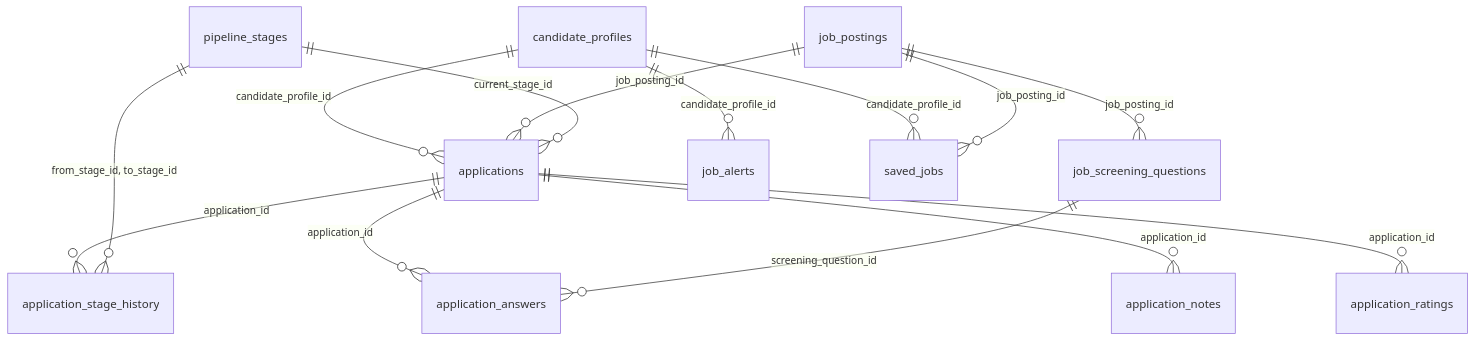
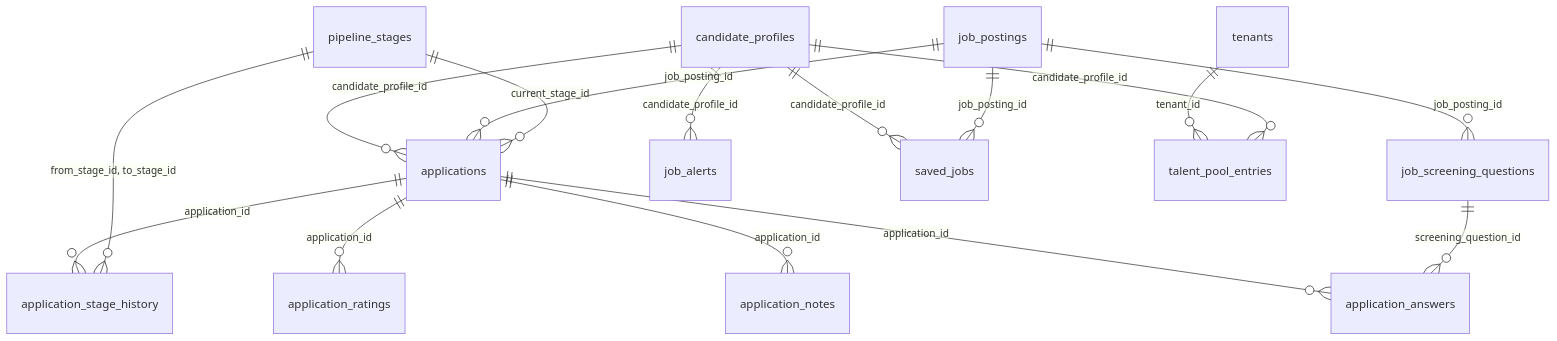
The third of 4 diagrams in docs/architecture/arquitectura-db.md (EdgarJr30/asi_do), drawn with Mermaid before and after one commit. The commit also changed other lines of this file and 10 other files, not shown here.

````diff
--- a/docs/architecture/arquitectura-db.md
+++ b/docs/architecture/arquitectura-db.md
@@ -76,16 +76,18 @@
 ```mermaid
 erDiagram
     applications ||--o{ application_answers : "application_id"
     job_screening_questions ||--o{ application_answers : "screening_question_id"
     applications ||--o{ application_notes : "application_id"
     applications ||--o{ application_ratings : "application_id"
     applications ||--o{ application_stage_history : "application_id"
     pipeline_stages ||--o{ application_stage_history : "from_stage_id, to_stage_id"
     candidate_profiles ||--o{ applications : "candidate_profile_id"
     job_postings ||--o{ applications : "job_posting_id"
     pipeline_stages ||--o{ applications : "current_stage_id"
     candidate_profiles ||--o{ job_alerts : "candidate_profile_id"
     job_postings ||--o{ job_screening_questions : "job_posting_id"
     candidate_profiles ||--o{ saved_jobs : "candidate_profile_id"
     job_postings ||--o{ saved_jobs : "job_posting_id"
+    tenants ||--o{ talent_pool_entries : "tenant_id"
+    candidate_profiles ||--o{ talent_pool_entries : "candidate_profile_id"
 ```
````
